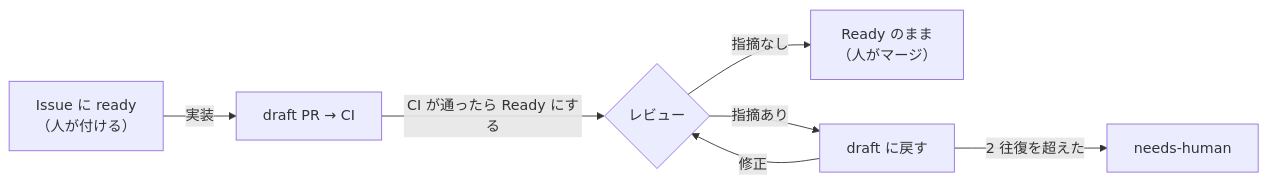
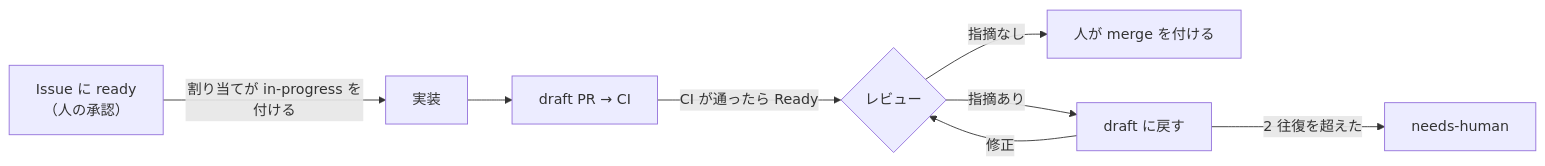
Before and after one commit to namu112358/poc-software-factory-20261112: the diagram in .claude/routines/README.md, drawn with Mermaid. The commit also changed other lines of this file and 9 other files, not shown here.

First line of the commit message:
実装を始める合図を ready から in-progress に変え、着手の判断を割り当ての役にまとめる (#285)

````diff
--- a/.claude/routines/README.md
+++ b/.claude/routines/README.md
@@ -9,9 +7,10 @@
 ```mermaid
 flowchart LR
-  I["Issue に ready<br/>（人が付ける）"] -->|実装| D["draft PR → CI"]
-  D -->|CI が通ったら Ready にする| R{"レビュー"}
-  R -- 指摘なし --> OK["Ready のまま<br/>（人がマージ）"]
+  I["Issue に ready<br/>（人の承認）"] -->|割り当てが in-progress を付ける| P["実装"]
+  P --> D["draft PR → CI"]
+  D -->|CI が通ったら Ready| R{"レビュー"}
+  R -- 指摘なし --> OK["人が merge を付ける"]
   R -- 指摘あり --> B["draft に戻す"]
   B -->|修正| R
   B -->|2 往復を超えた| H["needs-human"]
 ```
````
